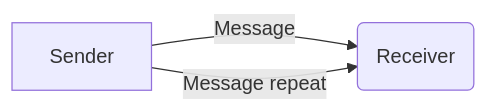
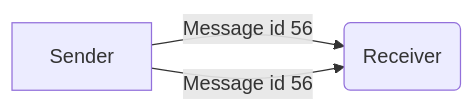
Before and after one commit to lightbug-io/docs: the third of 3 diagrams in devices/api/messages/5-ack.md, drawn with Mermaid. The commit also changed other lines of this file and 75 other files, not shown here.

````diff
--- a/devices/api/messages/5-ack.md
+++ b/devices/api/messages/5-ack.md
@@ -42,5 +72,5 @@
 ```mermaid
 flowchart LR
-    A[Sender] -->|Message| B(Receiver)
-    A[Sender] -->|Message repeat| B(Receiver)
+    A[Sender] -->|Message id 56| B(Receiver)
+    A[Sender] -->|Message id 56| B(Receiver)
 ```
````
